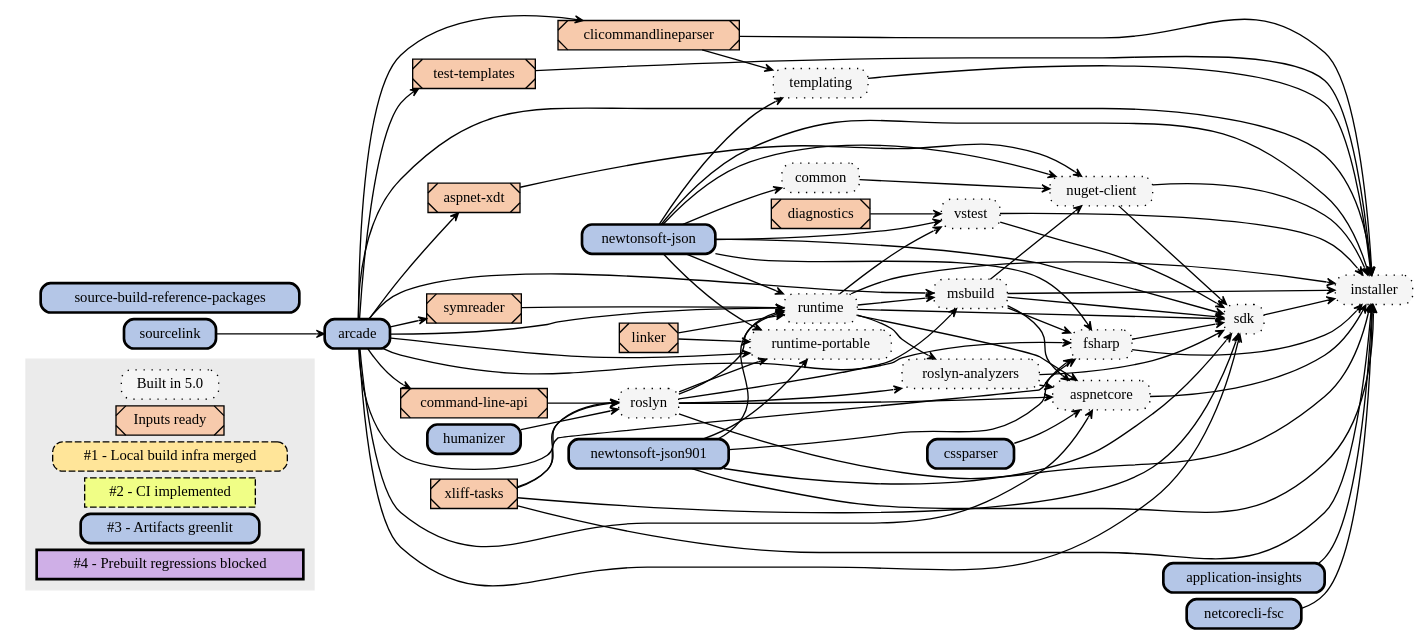
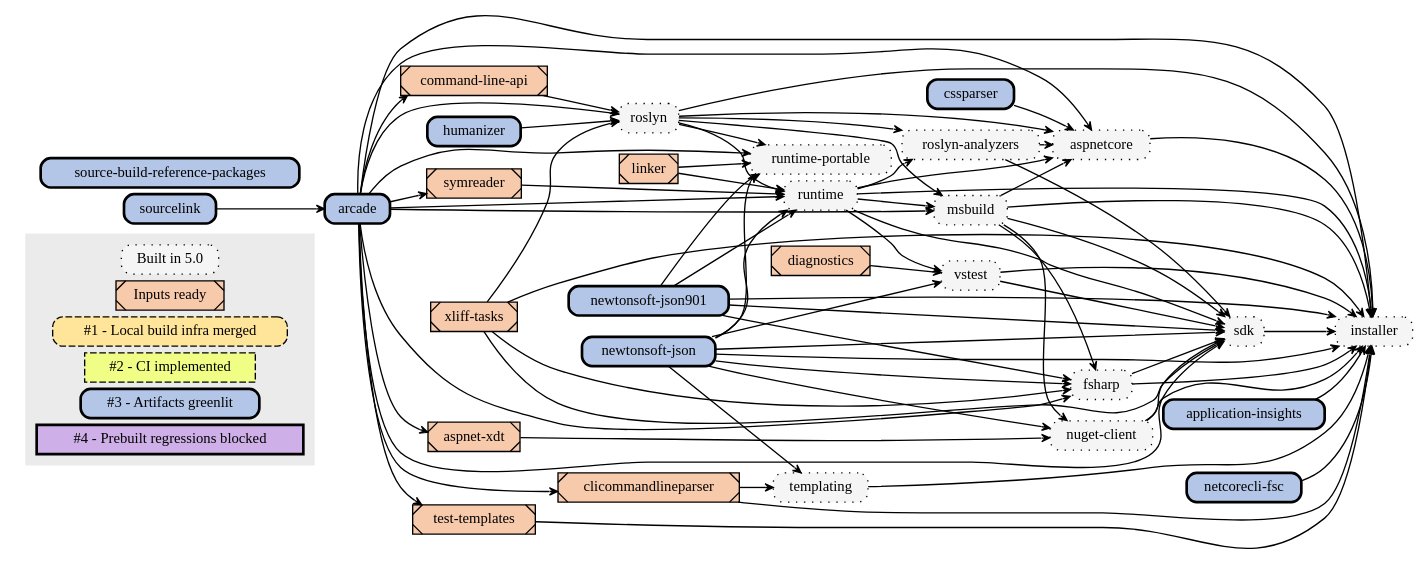
Before and after one commit to dotnet/source-build: the diagram in Documentation/planning/arcade-powered-source-build/img/implementation-plan-graph.dot, drawn with Graphviz. The commit also changed 1 other file, not shown here.

Commit message:
Remove 'common', not in 6.0

```diff
--- a/Documentation/planning/arcade-powered-source-build/img/implementation-plan-graph.dot
+++ b/Documentation/planning/arcade-powered-source-build/img/implementation-plan-graph.dot
@@ -1,150 +1,147 @@
 // dot.exe implementation-plan-graph.dot -Tsvg -o implementation-plan-graph.svg
 
 digraph {
 node[
   shape=rect
   width=0 height=0 margin=0.07
   style=filled
   fontsize=11]
 edge[
   penwidth=1
   arrowsize=0.6
   arrowhead=vee
   pencolor="#444444"]
 rankdir=LR
 nodesep=0.07
 ranksep=0.08
 
 node [fillcolor="#F5F5F5",style="dotted,filled,rounded",tooltip="Built"]
 "pre0"[label="Built in 5.0"]
 "aspnetcore"
-"common"
 "fsharp"
 "installer"
 "msbuild"
 "nuget-client"
 "roslyn-analyzers"
 "roslyn"
 "runtime-portable"
 "runtime"
 "sdk"
 "templating"
 "vstest"
 
 node [fillcolor="#F7CAAC",style="filled,diagonals",tooltip="Inputs ready"]
 "pre1"[label="Inputs ready"]
 "aspnet-xdt"
 "clicommandlineparser"
 "command-line-api"
 "diagnostics"
 "linker"
 "symreader"
 "test-templates"
 "xliff-tasks"
 
 node [fillcolor="#FFE599",style="dashed,filled,rounded",tooltip="1"]
 "s1"[label="#1 - Local build infra merged"]
 
 node [fillcolor="#F0FE86",style="dashed,filled",tooltip="2"]
 "s2"[label="#2 - CI implemented"]
 
 node [fillcolor="#B4C6E7",style="bold,filled,rounded",tooltip="3"]
 "s3"[label="#3 - Artifacts greenlit"]
 "application-insights"
 "arcade"
 "cssparser"
 "humanizer"
 "netcorecli-fsc"
 "newtonsoft-json"
 "newtonsoft-json901"
 "source-build-reference-packages"
 "sourcelink"
 
 node [fillcolor="#CFAFE7",style="bold,filled",tooltip="4"]
 "s4"[label="#4 - Prebuilt regressions blocked"]
 
 // Color all future nodes red. All nodes should be accounted for: red means they need a category.
 node [fillcolor="#FF0000",style=filled]
 
 subgraph clusterLegend {
   style=filled
   color="#ebebeb"
   "pre0" "pre1" "s1" "s2" "s3" "s4"
 }
 
 // Remaining text created by generate-graphviz.proj based on repos/*.proj:
 "sourcelink" -> "arcade"
 "arcade" -> "aspnet-xdt"
 "arcade" -> "aspnetcore"
 "cssparser" -> "aspnetcore"
 "runtime" -> "aspnetcore"
 "msbuild" -> "aspnetcore"
 "roslyn" -> "aspnetcore"
 "roslyn-analyzers" -> "aspnetcore"
 "arcade" -> "clicommandlineparser"
 "arcade" -> "command-line-api"
-"newtonsoft-json" -> "common"
 "arcade" -> "fsharp"
 "msbuild" -> "fsharp"
 "newtonsoft-json901" -> "fsharp"
 "newtonsoft-json" -> "fsharp"
 "xliff-tasks" -> "fsharp"
 "application-insights" -> "installer"
 "arcade" -> "installer"
 "aspnetcore" -> "installer"
 "clicommandlineparser" -> "installer"
 "fsharp" -> "installer"
 "msbuild" -> "installer"
 "netcorecli-fsc" -> "installer"
 "newtonsoft-json" -> "installer"
 "newtonsoft-json901" -> "installer"
 "nuget-client" -> "installer"
 "roslyn" -> "installer"
 "runtime" -> "installer"
 "sdk" -> "installer"
 "templating" -> "installer"
 "test-templates" -> "installer"
 "vstest" -> "installer"
 "xliff-tasks" -> "installer"
 "arcade" -> "msbuild"
 "runtime" -> "msbuild"
 "roslyn" -> "msbuild"
-"common" -> "nuget-client"
 "newtonsoft-json" -> "nuget-client"
 "msbuild" -> "nuget-client"
 "aspnet-xdt" -> "nuget-client"
 "runtime" -> "roslyn-analyzers"
 "roslyn" -> "roslyn-analyzers"
 "arcade" -> "roslyn"
 "command-line-api" -> "roslyn"
 "humanizer" -> "roslyn"
 "xliff-tasks" -> "roslyn"
 "arcade" -> "runtime-portable"
 "linker" -> "runtime-portable"
 "newtonsoft-json" -> "runtime-portable"
 "newtonsoft-json901" -> "runtime-portable"
 "roslyn" -> "runtime-portable"
 "arcade" -> "runtime"
 "symreader" -> "runtime"
 "linker" -> "runtime"
 "newtonsoft-json" -> "runtime"
 "newtonsoft-json901" -> "runtime"
 "roslyn" -> "runtime"
 "arcade" -> "sdk"
 "xliff-tasks" -> "sdk"
 "runtime" -> "sdk"
 "msbuild" -> "sdk"
 "newtonsoft-json" -> "sdk"
 "newtonsoft-json901" -> "sdk"
 "nuget-client" -> "sdk"
 "roslyn-analyzers" -> "sdk"
 "vstest" -> "sdk"
 "fsharp" -> "sdk"
 "arcade" -> "symreader"
 "clicommandlineparser" -> "templating"
 "newtonsoft-json" -> "templating"
 "arcade" -> "test-templates"
 "diagnostics" -> "vstest"
 "runtime" -> "vstest"
 "newtonsoft-json" -> "vstest"
 }
```
